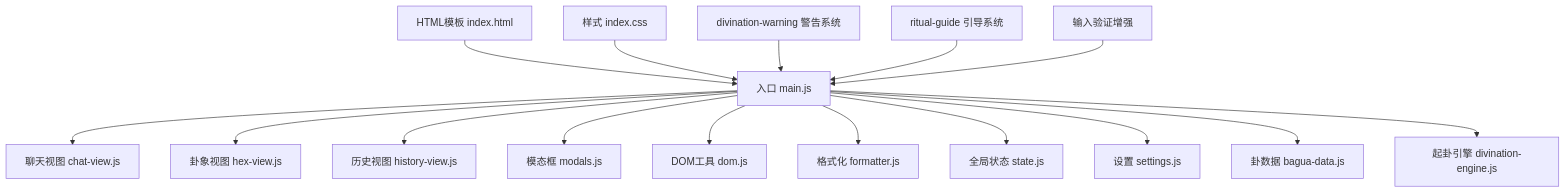
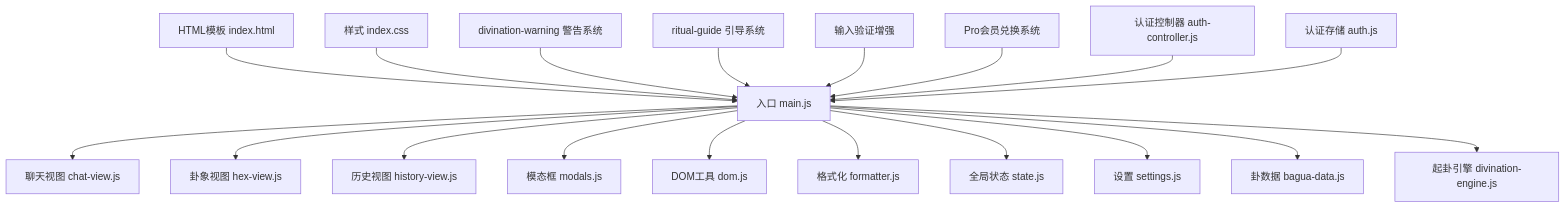
The first of 11 diagrams in .qoder/repowiki/zh/content/用户界面/用户界面.md (ghg618-ui/meihuayili-3.8), drawn with Mermaid before and after one commit. The commit also changed other lines of this file and 6 other files, not shown here.

````diff
--- a/.qoder/repowiki/zh/content/用户界面/用户界面.md
+++ b/.qoder/repowiki/zh/content/用户界面/用户界面.md
@@ -40,18 +42,21 @@
 ```mermaid
 graph TB
 A["入口 main.js"] --> B["聊天视图 chat-view.js"]
 A --> C["卦象视图 hex-view.js"]
 A --> D["历史视图 history-view.js"]
 A --> E["模态框 modals.js"]
 A --> F["DOM工具 dom.js"]
 A --> G["格式化 formatter.js"]
 A --> H["全局状态 state.js"]
 A --> I["设置 settings.js"]
 A --> J["卦数据 bagua-data.js"]
 A --> K["起卦引擎 divination-engine.js"]
 L["HTML模板 index.html"] --> A
 M["样式 index.css"] --> A
 N["divination-warning 警告系统"] --> A
 O["ritual-guide 引导系统"] --> A
 P["输入验证增强"] --> A
+Q["Pro会员兑换系统"] --> A
+R["认证控制器 auth-controller.js"] --> A
+S["认证存储 auth.js"] --> A
 ```
````
